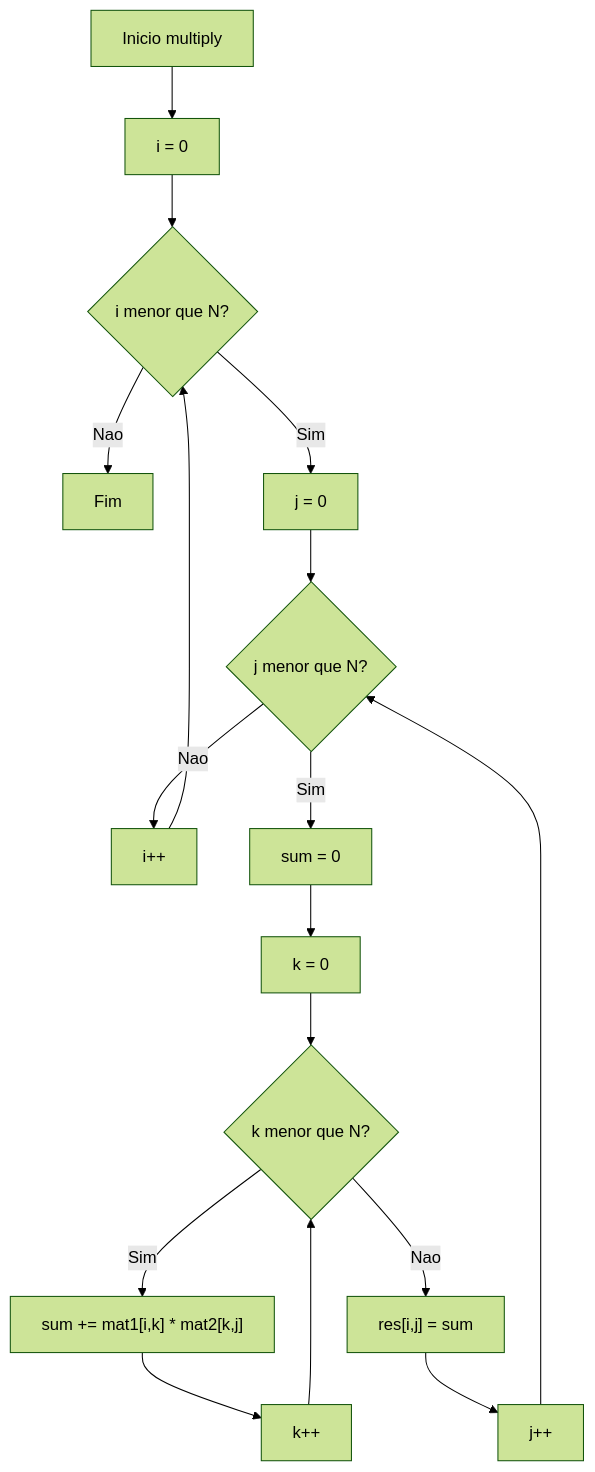
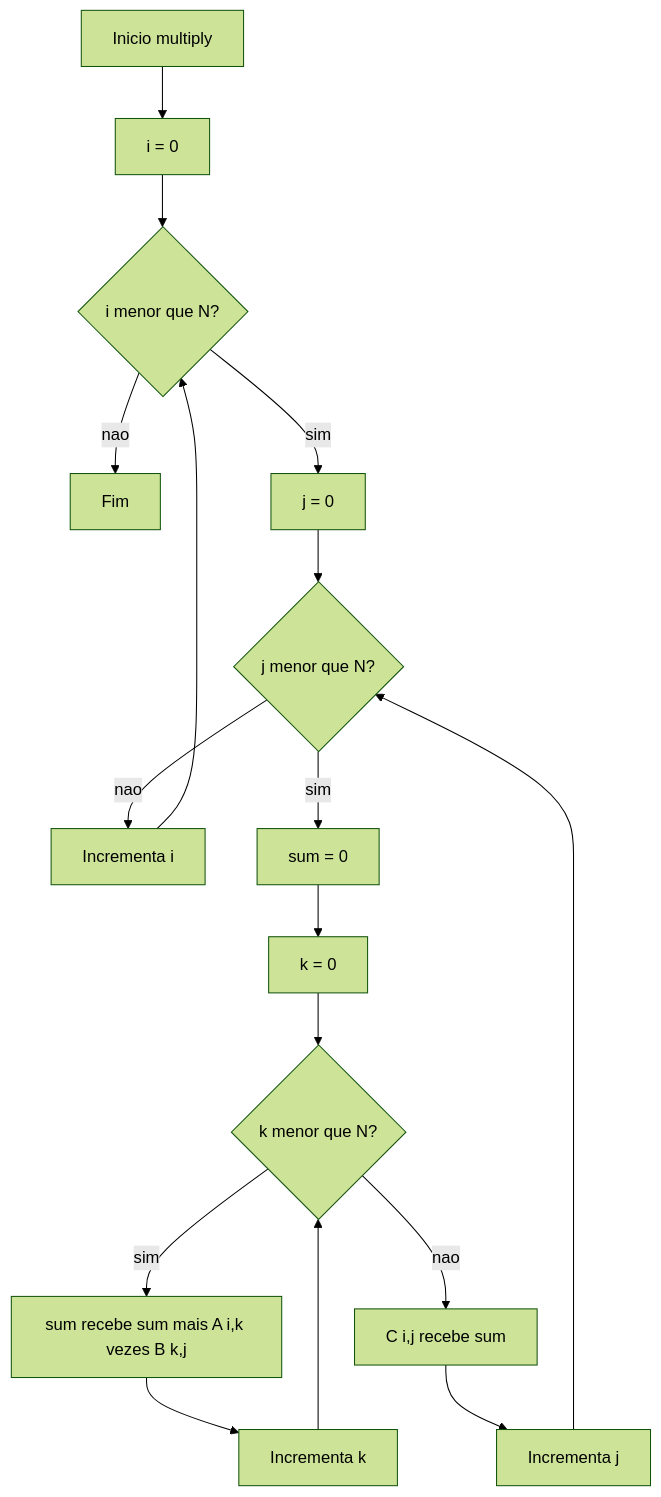
One commit to Lucas-Sperotto/matrix-multiplication-benchmark changed the eighth of 16 diagrams in docs/DIAGRAMS.md. Above: the diagram before and after it, drawn with Mermaid (forest theme). The commit also changed other lines of this file, not shown here.

Commit message:
docs: corrige diagramas Mermaid e atualiza fluxo de preflight

````diff
--- a/docs/DIAGRAMS.md
+++ b/docs/DIAGRAMS.md
@@ -279,19 +295,19 @@
 ```mermaid
 flowchart TD
-    A[Inicio multiply] --> B[i = 0]
-    B --> C{i menor que N?}
-    C -- Nao --> Z[Fim]
-    C -- Sim --> D[j = 0]
-    D --> E{j menor que N?}
-    E -- Nao --> F[i++]
+    A["Inicio multiply"] --> B["i = 0"]
+    B --> C{"i menor que N?"}
+    C -- nao --> Z["Fim"]
+    C -- sim --> D["j = 0"]
+    D --> E{"j menor que N?"}
+    E -- nao --> F["Incrementa i"]
     F --> C
-    E -- Sim --> G[sum = 0]
-    G --> H[k = 0]
-    H --> I{k menor que N?}
-    I -- Sim --> J["sum += mat1[i,k] * mat2[k,j]"]
-    J --> K[k++]
+    E -- sim --> G["sum = 0"]
+    G --> H["k = 0"]
+    H --> I{"k menor que N?"}
+    I -- sim --> J["sum recebe sum mais A i,k vezes B k,j"]
+    J --> K["Incrementa k"]
     K --> I
-    I -- Nao --> L["res[i,j] = sum"]
-    L --> M[j++]
+    I -- nao --> L["C i,j recebe sum"]
+    L --> M["Incrementa j"]
     M --> E
 ```
````
